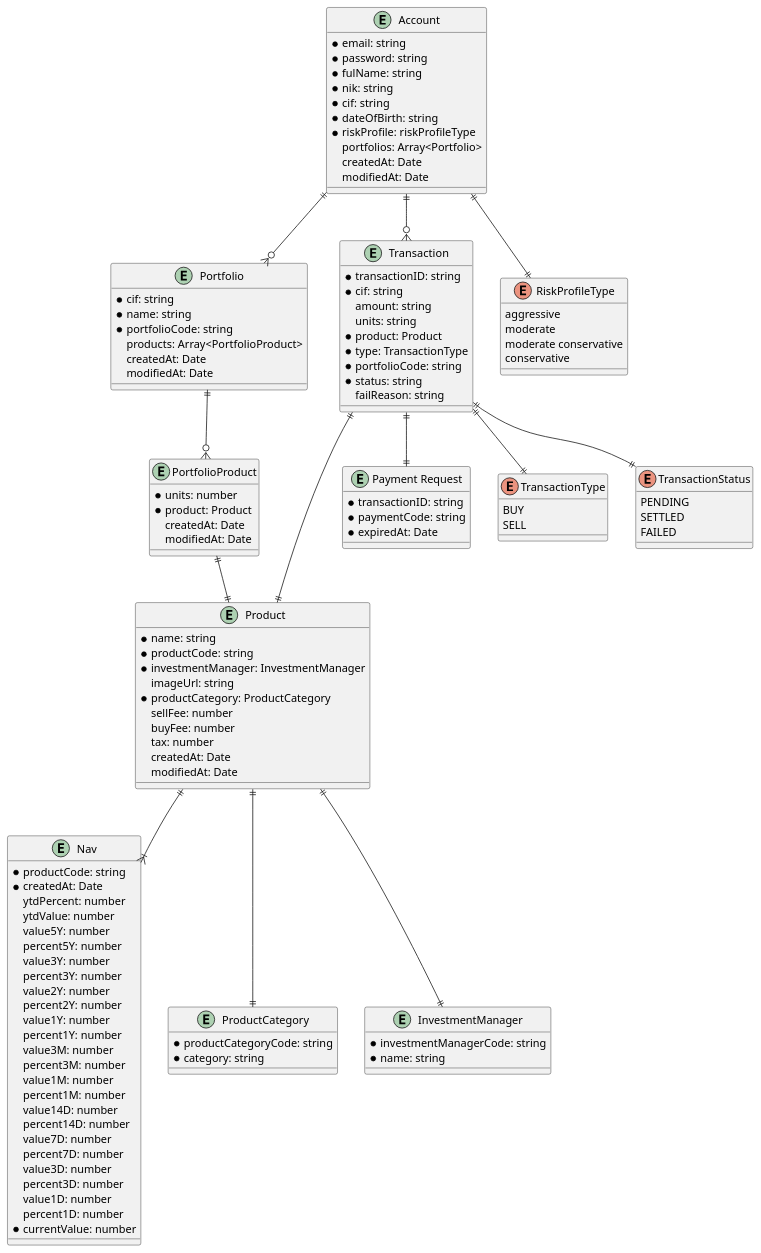
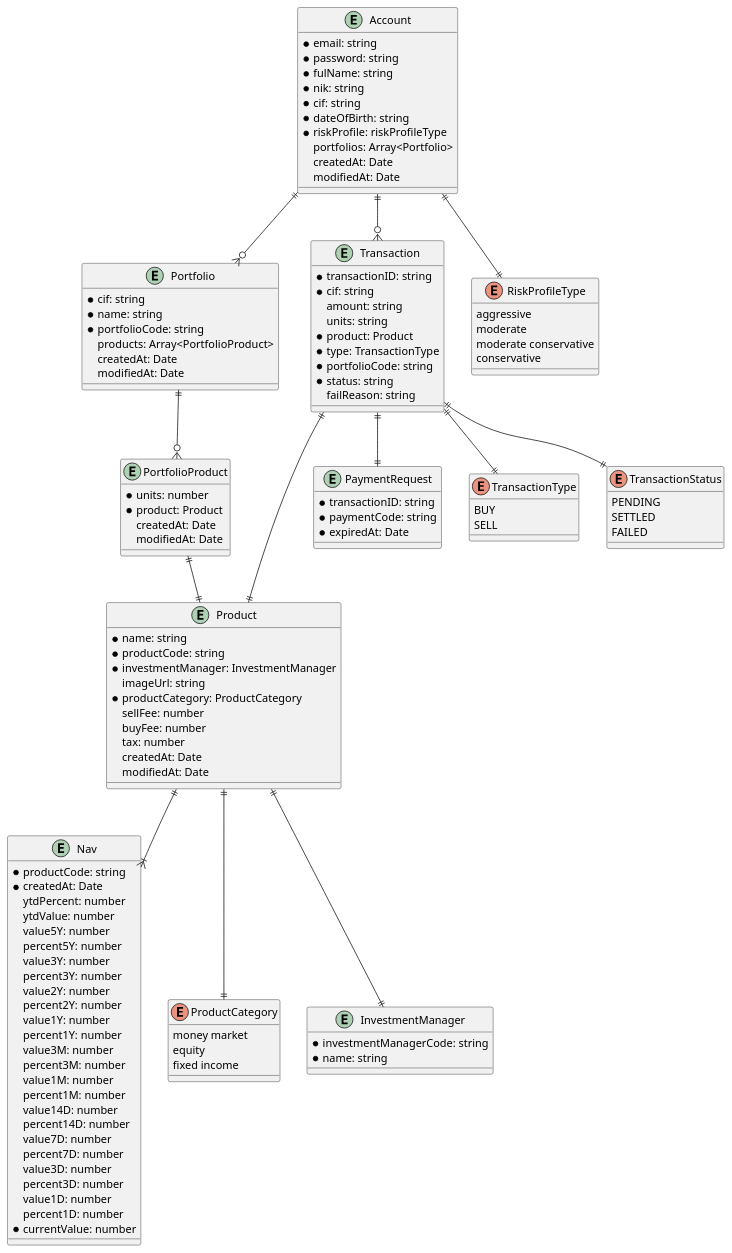
One commit to ilhamtubagus/mug-jakarta-mutual-funds changed the diagram in database-design.puml. Above: the diagram before and after it, drawn with PlantUML. The commit also changed 5 other files, not shown here.

Commit message:
product category change to enum

```diff
--- a/database-design.puml
+++ b/database-design.puml
@@ -1,131 +1,132 @@
 @startuml
 
 entity Account {
     *email: string
     *password: string
     *fulName: string
     *nik: string
     *cif: string
     *dateOfBirth: string
     *riskProfile: riskProfileType
     portfolios: Array<Portfolio>
     createdAt: Date
     modifiedAt: Date
 }
 
 entity Portfolio {
     *cif: string
     *name: string
     *portfolioCode: string
     products: Array<PortfolioProduct>
     createdAt: Date
     modifiedAt: Date
 }
 
 entity PortfolioProduct {
     *units: number
     *product: Product
     createdAt: Date
     modifiedAt: Date
 }
 
 entity Product {
     *name: string
     *productCode: string
     *investmentManager: InvestmentManager
     imageUrl: string
     *productCategory: ProductCategory
     sellFee: number
     buyFee: number
     tax: number
     createdAt: Date
     modifiedAt: Date
 }
 
 entity Nav {
     *productCode: string
     *createdAt: Date
     ytdPercent: number
     ytdValue: number
     value5Y: number
     percent5Y: number
     value3Y: number
     percent3Y: number
     value2Y: number
     percent2Y: number
     value1Y: number
     percent1Y: number
     value3M: number
     percent3M: number
     value1M: number
     percent1M: number
     value14D: number
     percent14D: number
     value7D: number
     percent7D: number
     value3D: number
     percent3D: number
     value1D: number
     percent1D: number
     *currentValue: number
 }
 
-entity ProductCategory {
-    *productCategoryCode: string
-    *category: string
+enum ProductCategory {
+    money market
+    equity
+    fixed income
 }
 
 entity Transaction {
     *transactionID: string
     *cif: string
     amount: string
     units: string
     *product: Product
     *type: TransactionType
     *portfolioCode: string
     *status: string
     failReason: string
 }
 
-entity "Payment Request" {
+entity "PaymentRequest" {
     *transactionID: string
     *paymentCode: string
     *expiredAt: Date
 }
 
 enum TransactionType {
     BUY
     SELL
 }
 
 enum TransactionStatus {
     PENDING
     SETTLED
     FAILED
 }
 
 enum RiskProfileType{
     aggressive
     moderate
     moderate conservative
     conservative
 }
 
 entity InvestmentManager {
     *investmentManagerCode: string
     *name: string
 }
 
 Product ||--|| ProductCategory
 Product ||--|{ Nav
 PortfolioProduct ||--|| Product
 Product ||--|| InvestmentManager
 Portfolio ||--o{ PortfolioProduct
 Account ||--o{ Portfolio
 Account ||--o{ Transaction
 Transaction ||--|| TransactionStatus
 Transaction ||--|| TransactionType
 Account ||--|| RiskProfileType
-Transaction ||--|| "Payment Request"
+Transaction ||--|| "PaymentRequest"
 Transaction ||--|| Product
 @enduml
```
